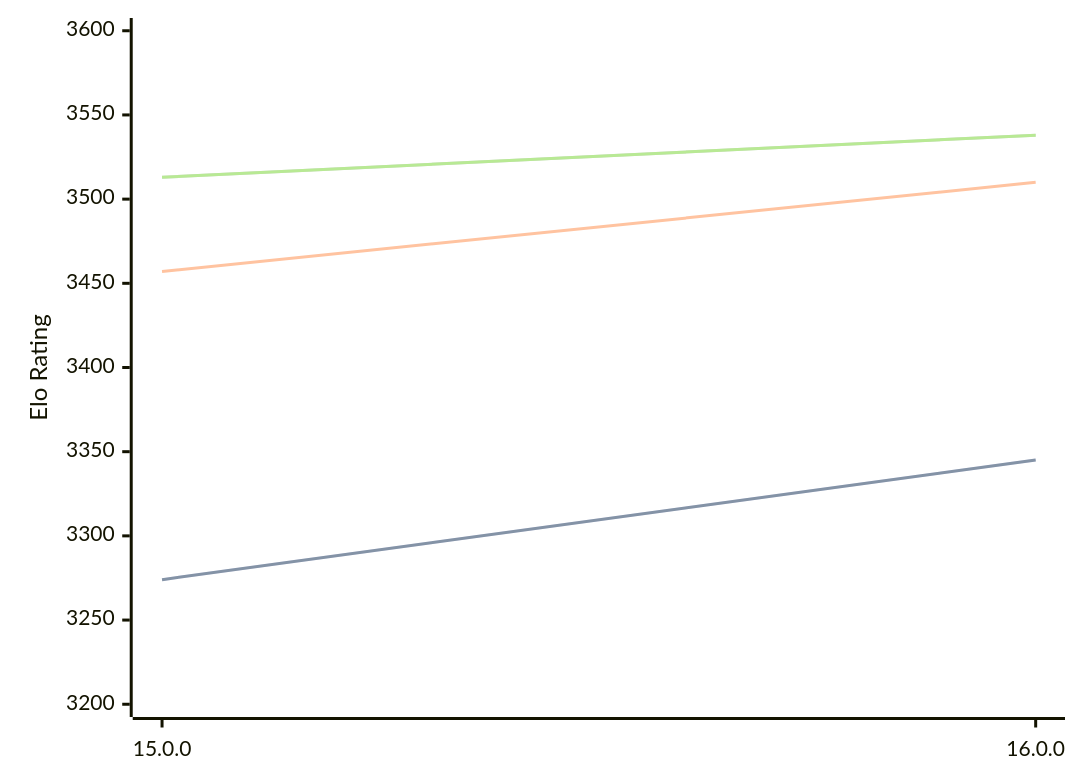
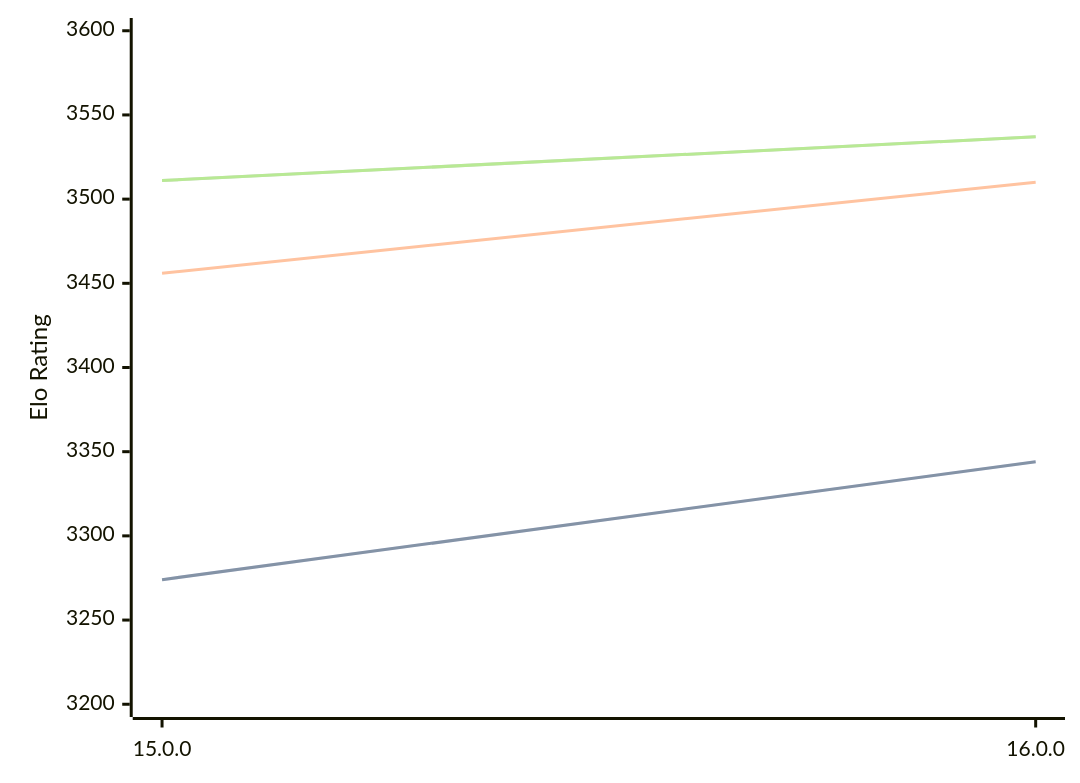
The third of 3 diagrams in engines/Halogen.md (computer-chess-index/cci), drawn with Mermaid before and after one commit. The commit also changed other lines of this file, not shown here.

Commit message:
Update CCI Ratings (ELO VLTC) - 2026-06-27

````diff
--- a/engines/Halogen.md
+++ b/engines/Halogen.md
@@ -83,11 +83,11 @@
 ```mermaid
 %%{init: {"theme":"base","themeVariables":{"seriesColors:['#a3a3a3','#222221','#faa371']}}}%%
 xychart-beta
   x-axis ["15.0.0", "16.0.0"]
   y-axis "Elo Rating" 3200 --> 3600
-  line "STC (8.0+0.08s)" [3274, 3345]
-  line "STC (8.0+0.08s)" [3274, 3345]
-  line "LTC (60.0+0.60s)" [3457, 3510]
-  line "VLTC (2m24s+1.12s)" [3513, 3538]
-  line "VLTC (2m24s+1.12s)" [3513, 3538]
+  line "STC (8.0+0.08s)" [3274, 3344]
+  line "STC (8.0+0.08s)" [3274, 3344]
+  line "LTC (60.0+0.60s)" [3456, 3510]
+  line "VLTC (2m24s+1.12s)" [3511, 3537]
+  line "VLTC (2m24s+1.12s)" [3511, 3537]
 ```
````
